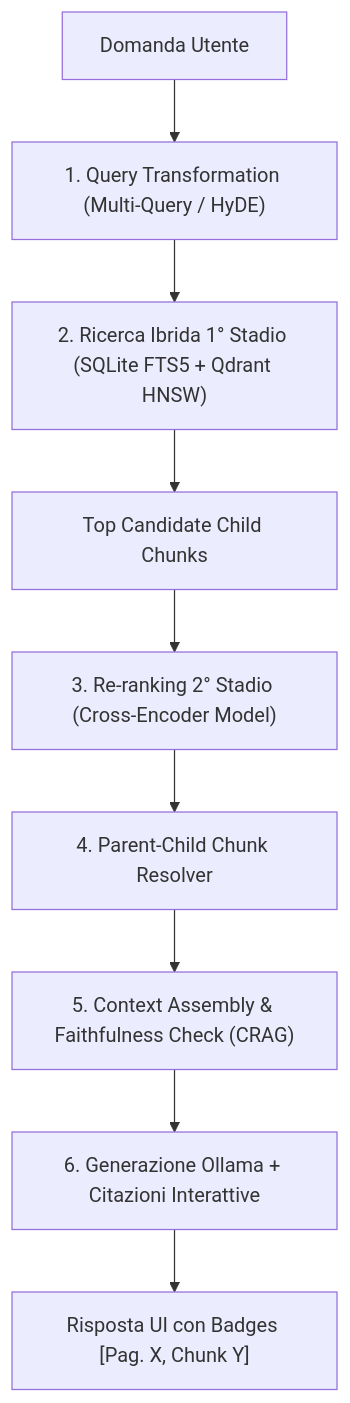
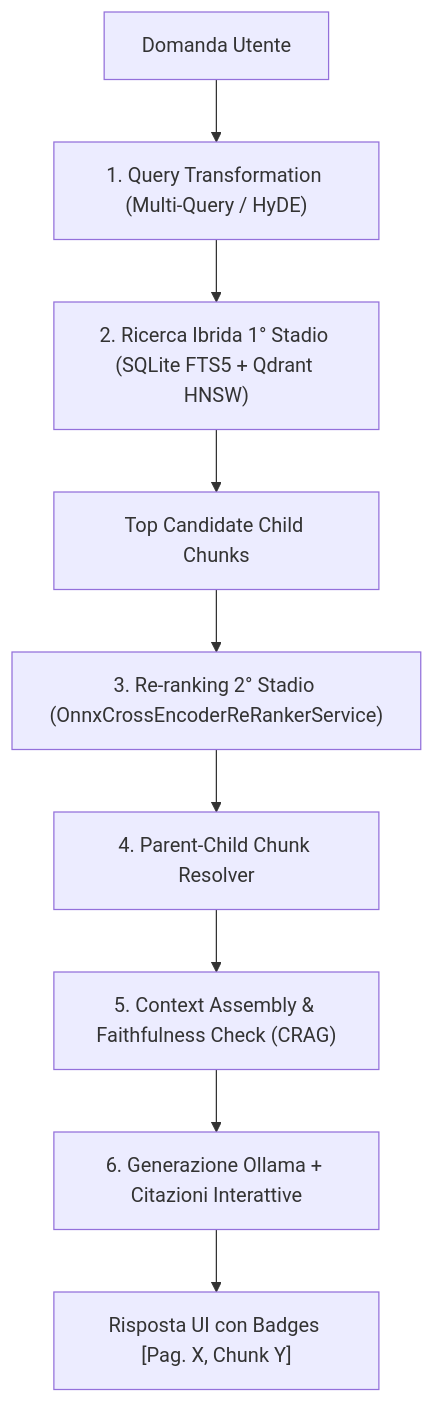
One commit to dennidalpos/OnlyRag changed the diagram in docs/RAG_PIPELINE.md. Above: the diagram before and after it, drawn with Mermaid. The commit also changed other lines of this file and 47 other files, not shown here.

````diff
--- a/docs/RAG_PIPELINE.md
+++ b/docs/RAG_PIPELINE.md
@@ -9,11 +9,11 @@
 ```mermaid
 flowchart TD
     UserQuery["Domanda Utente"] --> QueryTransform["1. Query Transformation (Multi-Query / HyDE)"]
     QueryTransform --> CoarseSearch["2. Ricerca Ibrida 1° Stadio (SQLite FTS5 + Qdrant HNSW)"]
     CoarseSearch --> TopKCandidates["Top Candidate Child Chunks"]
-    TopKCandidates --> ReRanker["3. Re-ranking 2° Stadio (Cross-Encoder Model)"]
+    TopKCandidates --> ReRanker["3. Re-ranking 2° Stadio (OnnxCrossEncoderReRankerService)"]
     ReRanker --> ParentResolver["4. Parent-Child Chunk Resolver"]
     ParentResolver --> ContextAssembly["5. Context Assembly & Faithfulness Check (CRAG)"]
     ContextAssembly --> LLMGeneration["6. Generazione Ollama + Citazioni Interattive"]
     LLMGeneration --> Response["Risposta UI con Badges [Pag. X, Chunk Y]"]
 ```
````
